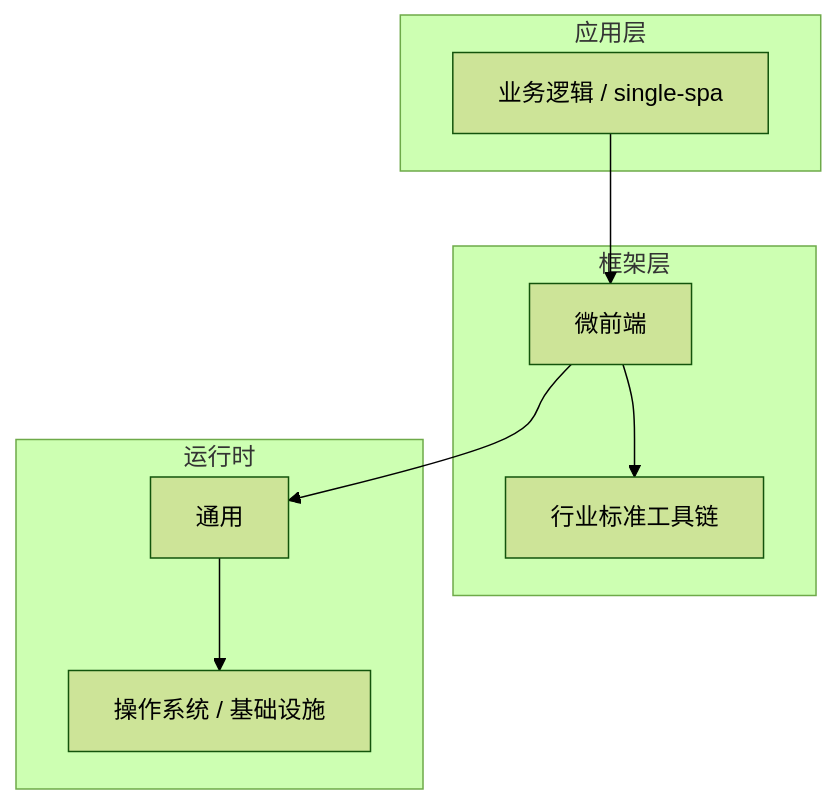
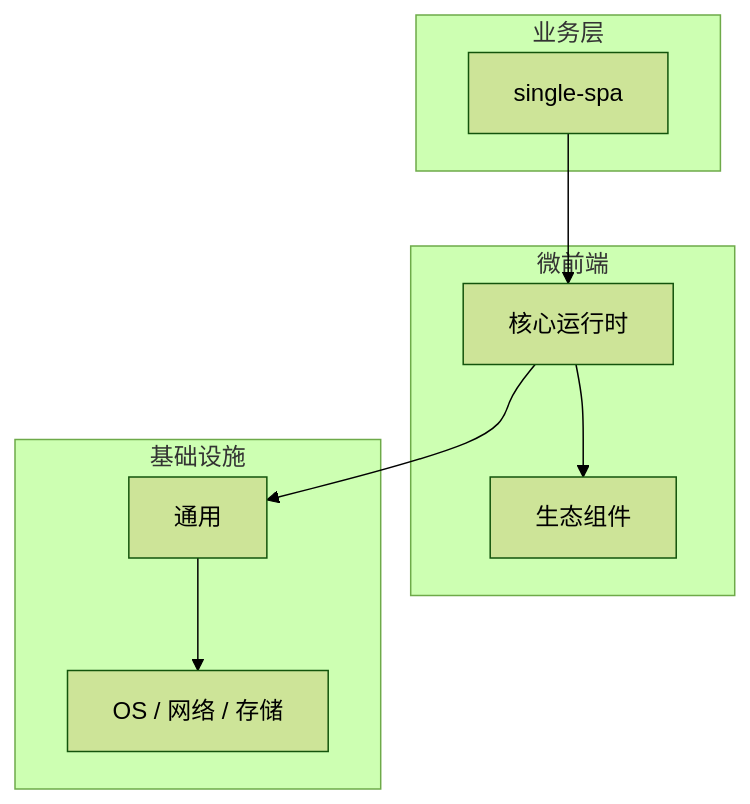
The diagram in articles/微前端/chapters/019-single-spa核心概念与原理.md (yanggan2015/knowledge-json-v2), drawn with Mermaid (forest theme) before and after one commit. The commit also changed other lines of this file and 10127 other files, not shown here.

````diff
--- a/articles/微前端/chapters/019-single-spa核心概念与原理.md
+++ b/articles/微前端/chapters/019-single-spa核心概念与原理.md
@@ -45,18 +34,18 @@
 ```mermaid
 graph TB
-    subgraph 应用层
-        A[业务逻辑 / single-spa]
+    subgraph 业务层
+        A[single-spa]
     end
-    subgraph 框架层
-        B[微前端]
-        C[行业标准工具链]
+    subgraph 微前端
+        B[核心运行时]
+        C[生态组件]
     end
-    subgraph 运行时
+    subgraph 基础设施
         D[通用]
-        E[操作系统 / 基础设施]
+        E[OS / 网络 / 存储]
     end
     A --> B
     B --> C
     B --> D
     D --> E
 ```
````
